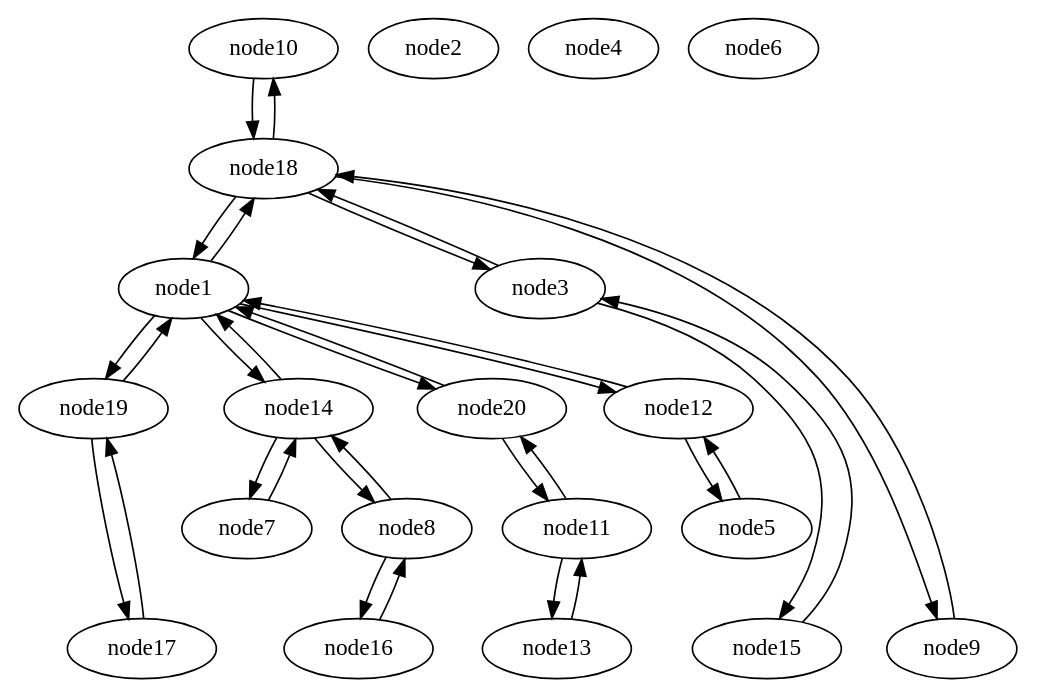
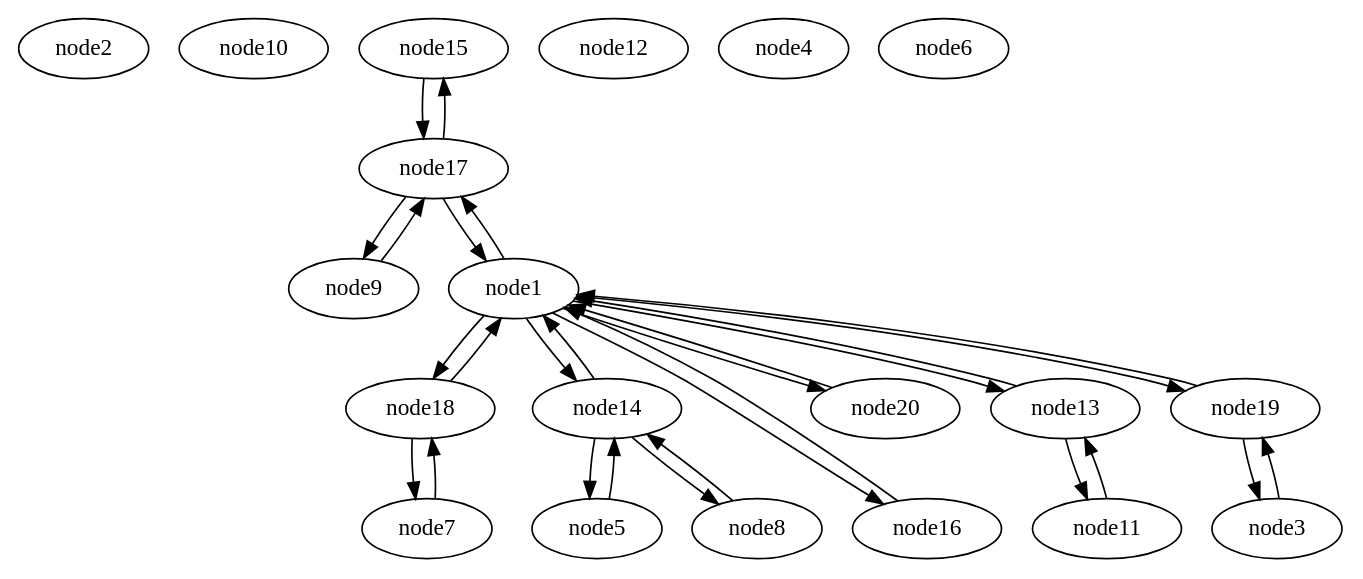
The diagram in graphs/tree_t1_after.gv (c12s/plumtree), drawn with Graphviz before and after one commit. The commit also changed 10 other files, not shown here.

```diff
--- a/graphs/tree_t1_after.gv
+++ b/graphs/tree_t1_after.gv
@@ -1,108 +1,100 @@
 strict digraph {
 
 
+	"node2" [  weight=0 ];
+
 	"node10" [  weight=0 ];
 
-	"node10" -> "node18" [  weight=0 ];
+	"node15" [  weight=0 ];
+
+	"node15" -> "node17" [  weight=0 ];
+
+	"node7" [  weight=0 ];
+
+	"node7" -> "node18" [  weight=0 ];
+
+	"node9" [  weight=0 ];
+
+	"node9" -> "node17" [  weight=0 ];
+
+	"node14" [  weight=0 ];
+
+	"node14" -> "node1" [  weight=0 ];
+
+	"node14" -> "node5" [  weight=0 ];
+
+	"node14" -> "node8" [  weight=0 ];
+
+	"node16" [  weight=0 ];
+
+	"node16" -> "node1" [  weight=0 ];
+
+	"node12" [  weight=0 ];
+
+	"node17" [  weight=0 ];
+
+	"node17" -> "node1" [  weight=0 ];
+
+	"node17" -> "node15" [  weight=0 ];
+
+	"node17" -> "node9" [  weight=0 ];
+
+	"node20" [  weight=0 ];
+
+	"node20" -> "node1" [  weight=0 ];
+
+	"node1" [  weight=0 ];
+
+	"node1" -> "node20" [  weight=0 ];
+
+	"node1" -> "node13" [  weight=0 ];
+
+	"node1" -> "node14" [  weight=0 ];
+
+	"node1" -> "node16" [  weight=0 ];
+
+	"node1" -> "node17" [  weight=0 ];
+
+	"node1" -> "node18" [  weight=0 ];
+
+	"node1" -> "node19" [  weight=0 ];
+
+	"node8" [  weight=0 ];
+
+	"node8" -> "node14" [  weight=0 ];
+
+	"node4" [  weight=0 ];
+
+	"node6" [  weight=0 ];
+
+	"node13" [  weight=0 ];
+
+	"node13" -> "node1" [  weight=0 ];
+
+	"node13" -> "node11" [  weight=0 ];
+
+	"node18" [  weight=0 ];
+
+	"node18" -> "node1" [  weight=0 ];
+
+	"node18" -> "node7" [  weight=0 ];
+
+	"node5" [  weight=0 ];
+
+	"node5" -> "node14" [  weight=0 ];
+
+	"node11" [  weight=0 ];
+
+	"node11" -> "node13" [  weight=0 ];
+
+	"node3" [  weight=0 ];
+
+	"node3" -> "node19" [  weight=0 ];
 
 	"node19" [  weight=0 ];
 
 	"node19" -> "node1" [  weight=0 ];
 
-	"node19" -> "node17" [  weight=0 ];
-
-	"node2" [  weight=0 ];
-
-	"node4" [  weight=0 ];
-
-	"node18" [  weight=0 ];
-
-	"node18" -> "node1" [  weight=0 ];
-
-	"node18" -> "node3" [  weight=0 ];
-
-	"node18" -> "node10" [  weight=0 ];
-
-	"node18" -> "node9" [  weight=0 ];
-
-	"node7" [  weight=0 ];
-
-	"node7" -> "node14" [  weight=0 ];
-
-	"node6" [  weight=0 ];
-
-	"node13" [  weight=0 ];
-
-	"node13" -> "node11" [  weight=0 ];
-
-	"node1" [  weight=0 ];
-
-	"node1" -> "node20" [  weight=0 ];
-
-	"node1" -> "node12" [  weight=0 ];
-
-	"node1" -> "node14" [  weight=0 ];
-
-	"node1" -> "node18" [  weight=0 ];
-
-	"node1" -> "node19" [  weight=0 ];
-
-	"node9" [  weight=0 ];
-
-	"node9" -> "node18" [  weight=0 ];
-
-	"node15" [  weight=0 ];
-
-	"node15" -> "node3" [  weight=0 ];
-
-	"node3" [  weight=0 ];
-
-	"node3" -> "node15" [  weight=0 ];
-
-	"node3" -> "node18" [  weight=0 ];
-
-	"node16" [  weight=0 ];
-
-	"node16" -> "node8" [  weight=0 ];
-
-	"node17" [  weight=0 ];
-
-	"node17" -> "node19" [  weight=0 ];
-
-	"node11" [  weight=0 ];
-
-	"node11" -> "node13" [  weight=0 ];
-
-	"node11" -> "node20" [  weight=0 ];
-
-	"node5" [  weight=0 ];
-
-	"node5" -> "node12" [  weight=0 ];
-
-	"node12" [  weight=0 ];
-
-	"node12" -> "node1" [  weight=0 ];
-
-	"node12" -> "node5" [  weight=0 ];
-
-	"node20" [  weight=0 ];
-
-	"node20" -> "node1" [  weight=0 ];
-
-	"node20" -> "node11" [  weight=0 ];
-
-	"node8" [  weight=0 ];
-
-	"node8" -> "node14" [  weight=0 ];
-
-	"node8" -> "node16" [  weight=0 ];
-
-	"node14" [  weight=0 ];
-
-	"node14" -> "node8" [  weight=0 ];
-
-	"node14" -> "node1" [  weight=0 ];
-
-	"node14" -> "node7" [  weight=0 ];
+	"node19" -> "node3" [  weight=0 ];
 
 }
```
